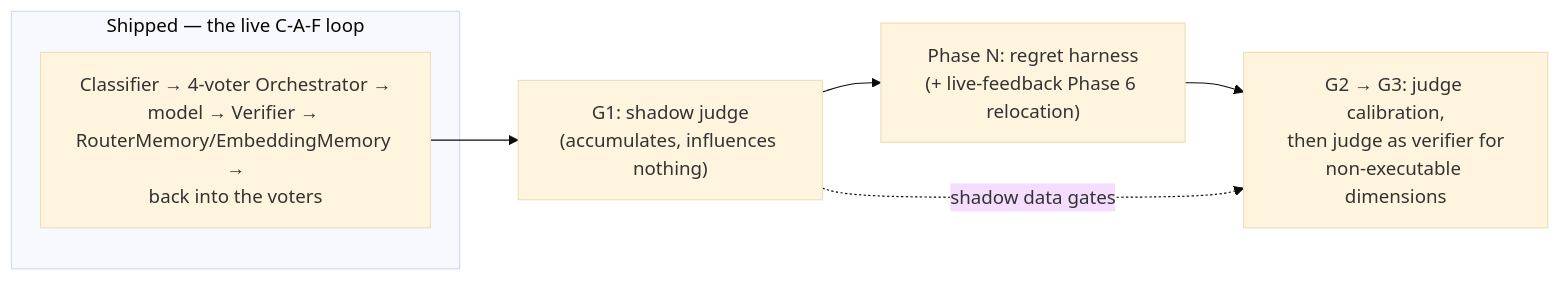
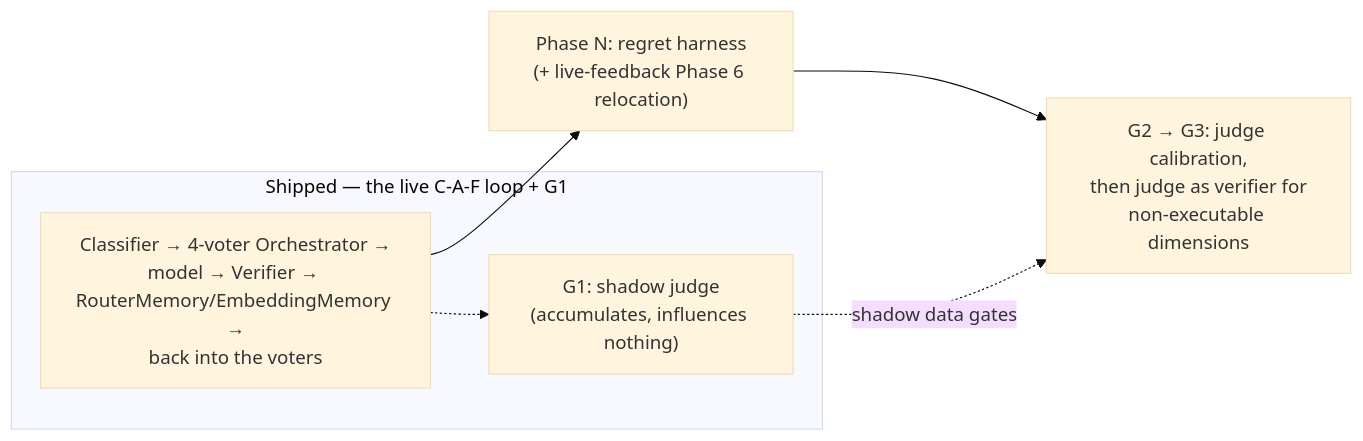
One commit to davidpizon/TotallyHot-ArcRouter changed the diagram in src/PLAN.md. Above: the diagram before and after it, drawn with Mermaid (base theme). The commit also changed other lines of this file and 51 other files, not shown here.

First line of the commit message:
Phase 6: Judge shadow scoring infrastructure and gRPC service integration

````diff
--- a/src/PLAN.md
+++ b/src/PLAN.md
@@ -49,13 +53,14 @@
 ```mermaid
 flowchart LR
-    subgraph shipped["Shipped — the live C-A-F loop"]
+    subgraph shipped["Shipped — the live C-A-F loop + G1"]
         LOOP["Classifier → 4-voter Orchestrator →<br/>model → Verifier → RouterMemory/EmbeddingMemory →<br/>back into the voters"]
+        G1["G1: shadow judge<br/>(accumulates, influences nothing)"]
+        LOOP -.-> G1
     end
 
-    G1["G1: shadow judge<br/>(accumulates, influences nothing)"]
     N["Phase N: regret harness<br/>(+ live-feedback Phase 6 relocation)"]
     G23["G2 → G3: judge calibration,<br/>then judge as verifier for<br/>non-executable dimensions"]
 
-    LOOP --> G1 --> N --> G23
+    LOOP --> N --> G23
     G1 -.->|"shadow data gates"| G23
 ```
````
